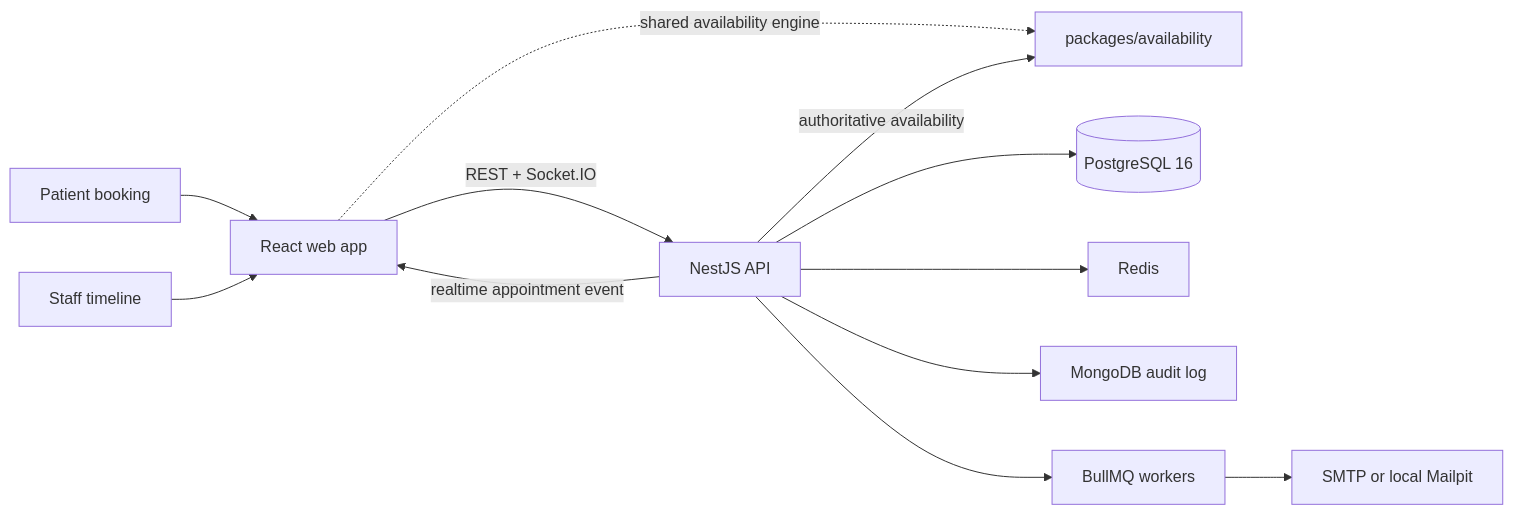
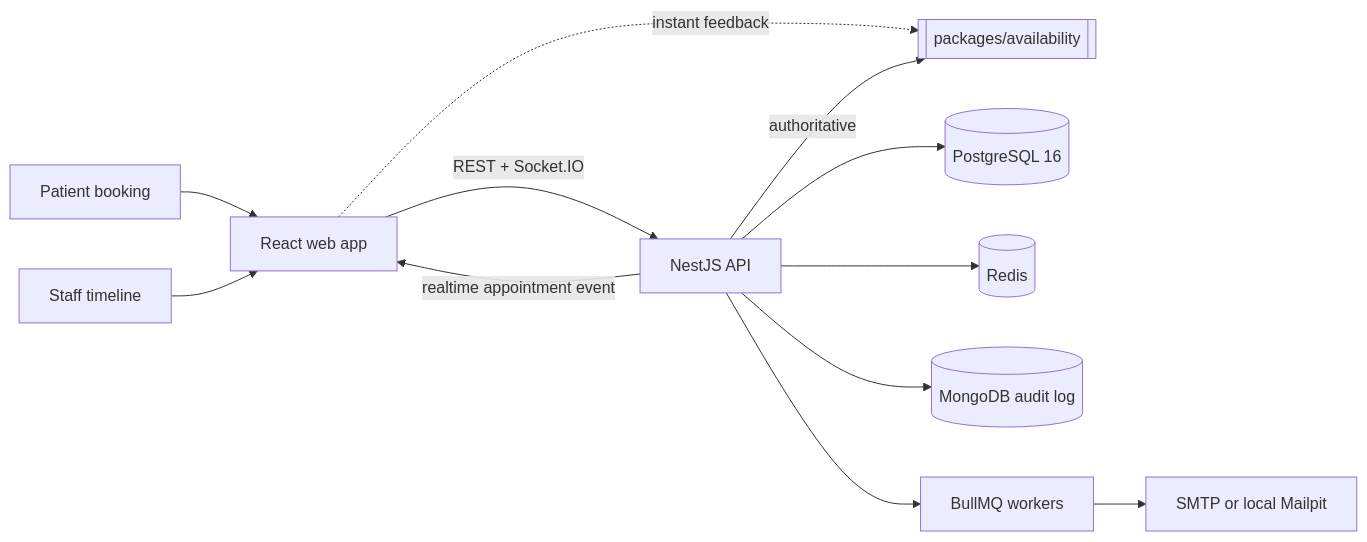
The diagram in docs/architecture.md (nkieu-config/dentalops), drawn with Mermaid before and after one commit. The commit also changed other lines of this file and 16 other files, not shown here.

````diff
--- a/docs/architecture.md
+++ b/docs/architecture.md
@@ -7,14 +9,14 @@
 ```mermaid
 flowchart LR
   Patient["Patient booking"] --> Web["React web app"]
   Staff["Staff timeline"] --> Web
-  Web -. "shared availability engine" .-> Availability["packages/availability"]
+  Web -. "instant feedback" .-> Availability[["packages/availability"]]
   Web -->|"REST + Socket.IO"| API["NestJS API"]
-  API -->|"authoritative availability"| Availability
+  API -->|"authoritative"| Availability
   API --> PG[("PostgreSQL 16")]
-  API --> Redis["Redis"]
-  API --> Mongo["MongoDB audit log"]
+  API --> Redis[("Redis")]
+  API --> Mongo[("MongoDB audit log")]
   API --> Queue["BullMQ workers"]
   Queue --> Mail["SMTP or local Mailpit"]
   API -->|"realtime appointment event"| Web
 ```
````
